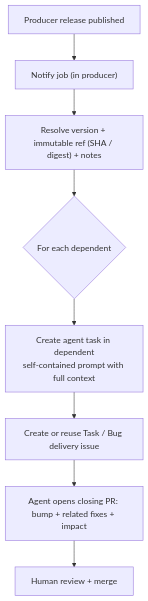
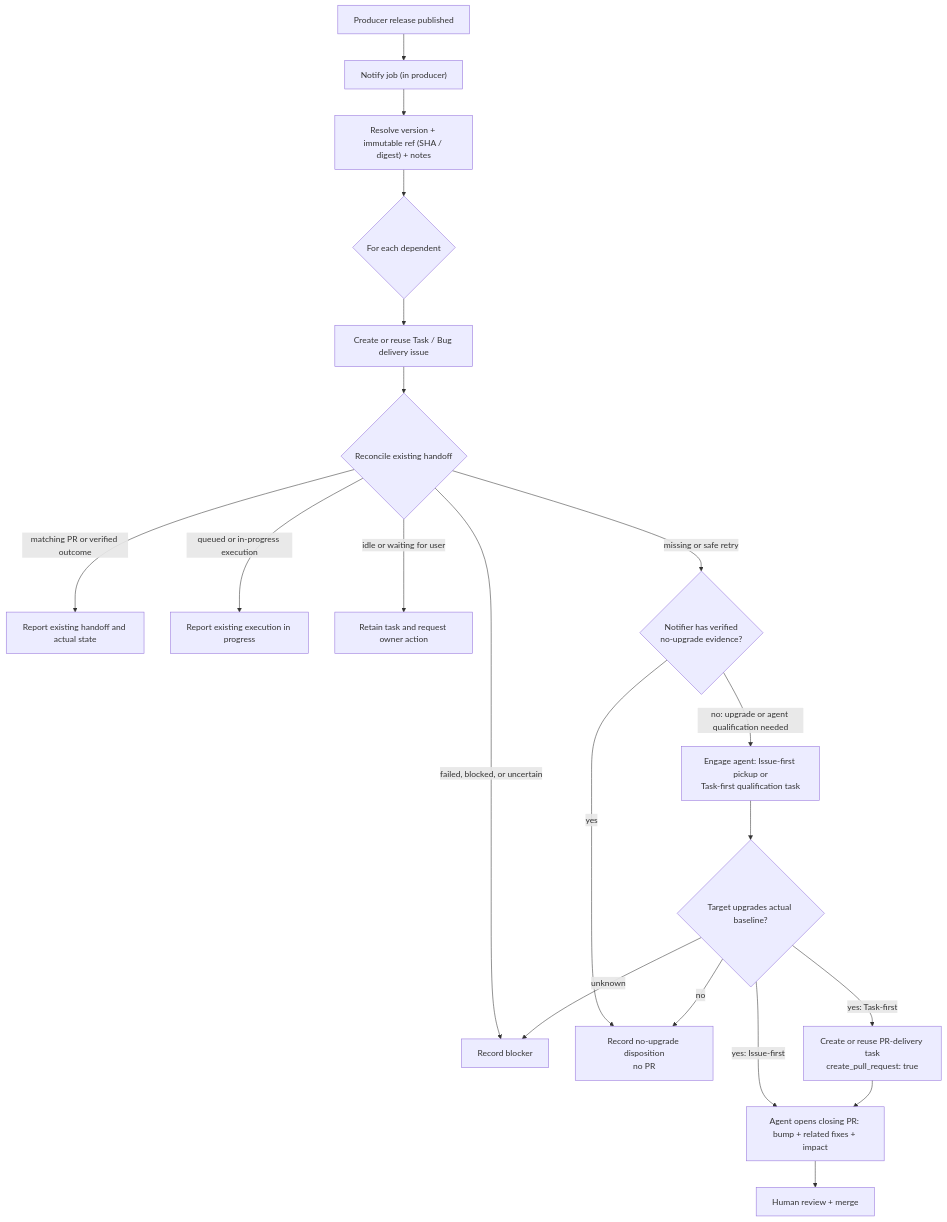
One commit to MSXOrg/docs changed the diagram in src/docs/Capabilities/downstream-release-propagation/design.md. Above: the diagram before and after it, drawn with Mermaid. The commit also changed other lines of this file and 18 other files, not shown here.

````diff
--- a/src/docs/Capabilities/downstream-release-propagation/design.md
+++ b/src/docs/Capabilities/downstream-release-propagation/design.md
@@ -16,10 +19,22 @@
 ```mermaid
 flowchart TD
   rel["Producer release published"] --> notify["Notify job (in producer)"]
   notify --> resolve["Resolve version + immutable ref (SHA / digest) + notes"]
   resolve --> fan{"For each dependent"}
-  fan --> delegate["Create agent task in dependent<br/>self-contained prompt with full context"]
-  delegate --> issue["Create or reuse Task / Bug delivery issue"]
-  issue --> pr["Agent opens closing PR: bump + related fixes + impact"]
+  fan --> issue["Create or reuse Task / Bug delivery issue"]
+  issue --> resume{"Reconcile existing handoff"}
+  resume -->|"matching PR or verified outcome"| reuse["Report existing handoff and actual state"]
+  resume -->|"queued or in-progress execution"| active["Report existing execution in progress"]
+  resume -->|"idle or waiting for user"| attention["Retain task and request owner action"]
+  resume -->|"failed, blocked, or uncertain"| blocked["Record blocker"]
+  resume -->|"missing or safe retry"| known{"Notifier has verified<br/>no-upgrade evidence?"}
+  known -->|"yes"| nochange["Record no-upgrade disposition<br/>no PR"]
+  known -->|"no: upgrade or agent qualification needed"| delegate["Engage agent: Issue-first pickup or<br/>Task-first qualification task"]
+  delegate --> qualify{"Target upgrades actual baseline?"}
+  qualify -->|"yes: Issue-first"| pr["Agent opens closing PR: bump + related fixes + impact"]
+  qualify -->|"yes: Task-first"| delivery["Create or reuse PR-delivery task<br/>create_pull_request: true"]
+  delivery --> pr
+  qualify -->|"no"| nochange
+  qualify -->|"unknown"| blocked
   pr --> review["Human review + merge"]
 ```
````
